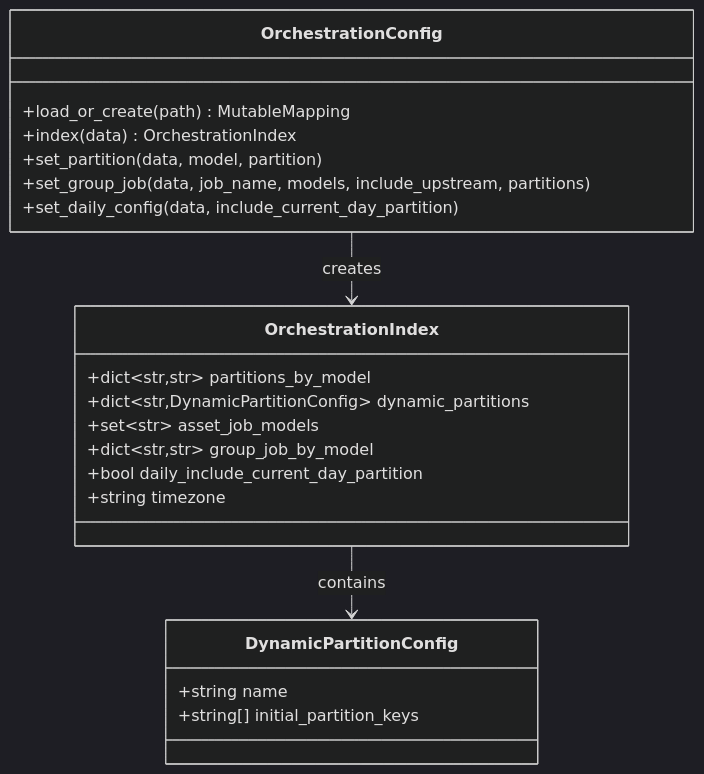
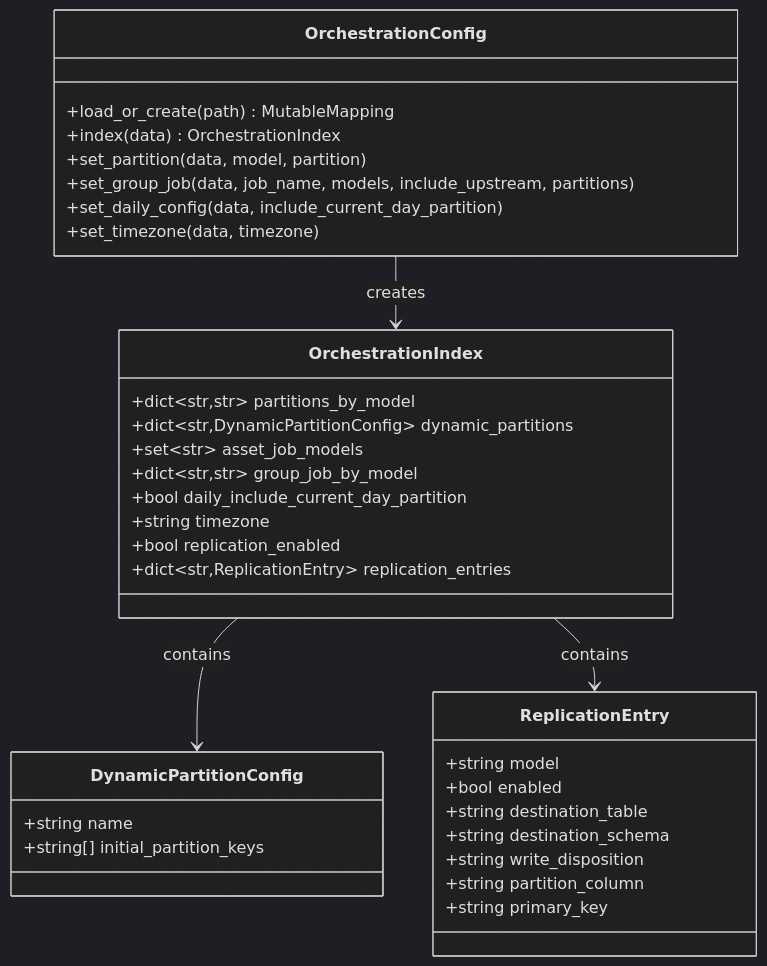
Before and after one commit to metasync/dbt-dagsterizer: the fourth of 14 diagrams in .qoder/repowiki/en/content/Core Concepts/Dagsterization YAML Configuration.md, drawn with Mermaid (dark theme). The commit also changed other lines of this file and 3 other files, not shown here.

````diff
--- a/.qoder/repowiki/en/content/Core Concepts/Dagsterization YAML Configuration.md
+++ b/.qoder/repowiki/en/content/Core Concepts/Dagsterization YAML Configuration.md
@@ -167,24 +205,37 @@
 ```mermaid
 classDiagram
 class OrchestrationIndex {
 +dict~str,str~ partitions_by_model
 +dict~str,DynamicPartitionConfig~ dynamic_partitions
 +set~str~ asset_job_models
 +dict~str,str~ group_job_by_model
 +bool daily_include_current_day_partition
 +string timezone
++bool replication_enabled
++dict~str,ReplicationEntry~ replication_entries
 }
 class DynamicPartitionConfig {
 +string name
 +string[] initial_partition_keys
+}
+class ReplicationEntry {
++string model
++bool enabled
++string destination_table
++string destination_schema
++string write_disposition
++string partition_column
++string primary_key
 }
 class OrchestrationConfig {
 +load_or_create(path) MutableMapping
 +index(data) OrchestrationIndex
 +set_partition(data, model, partition)
 +set_group_job(data, job_name, models, include_upstream, partitions)
 +set_daily_config(data, include_current_day_partition)
++set_timezone(data, timezone)
 }
 OrchestrationConfig --> OrchestrationIndex : creates
 OrchestrationIndex --> DynamicPartitionConfig : contains
+OrchestrationIndex --> ReplicationEntry : contains
 ```
````
